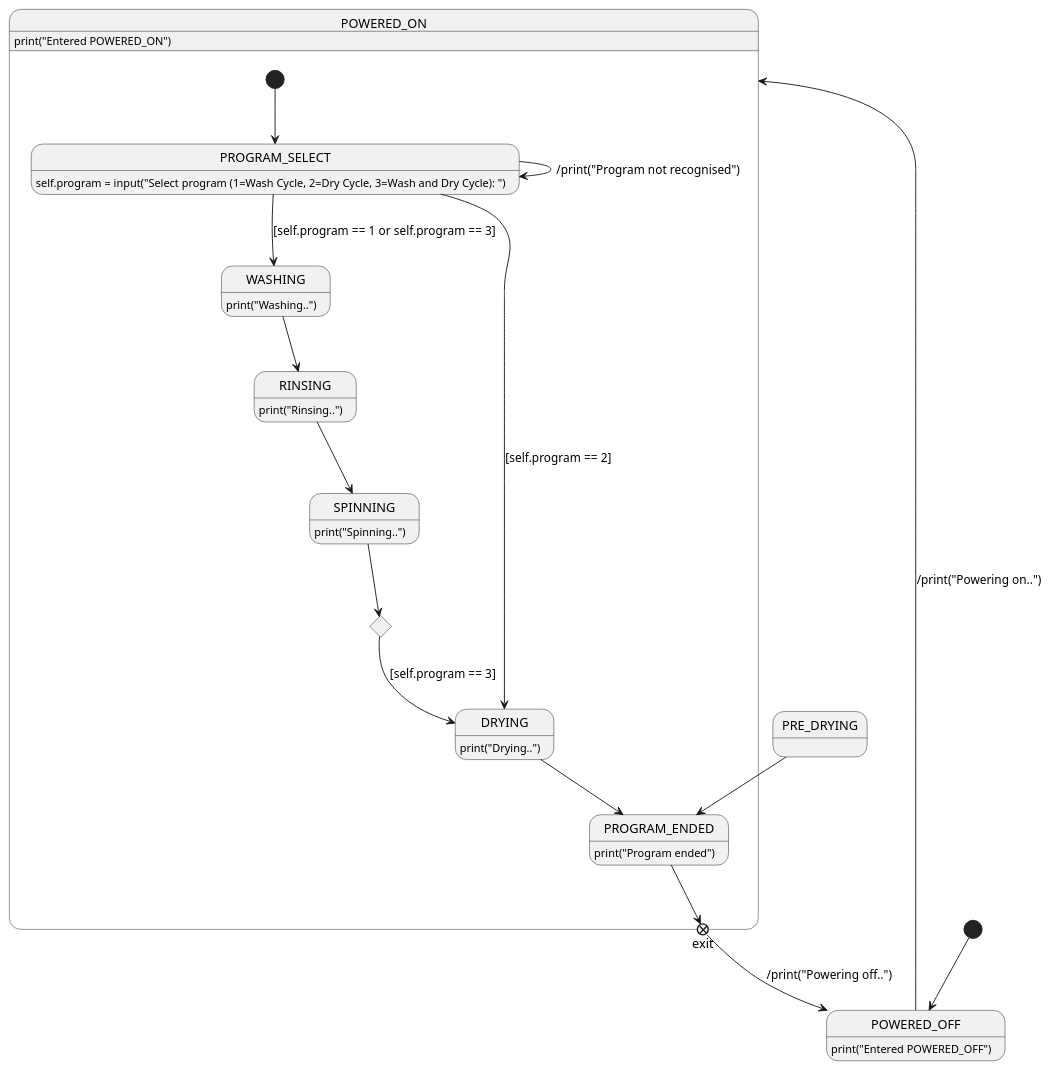
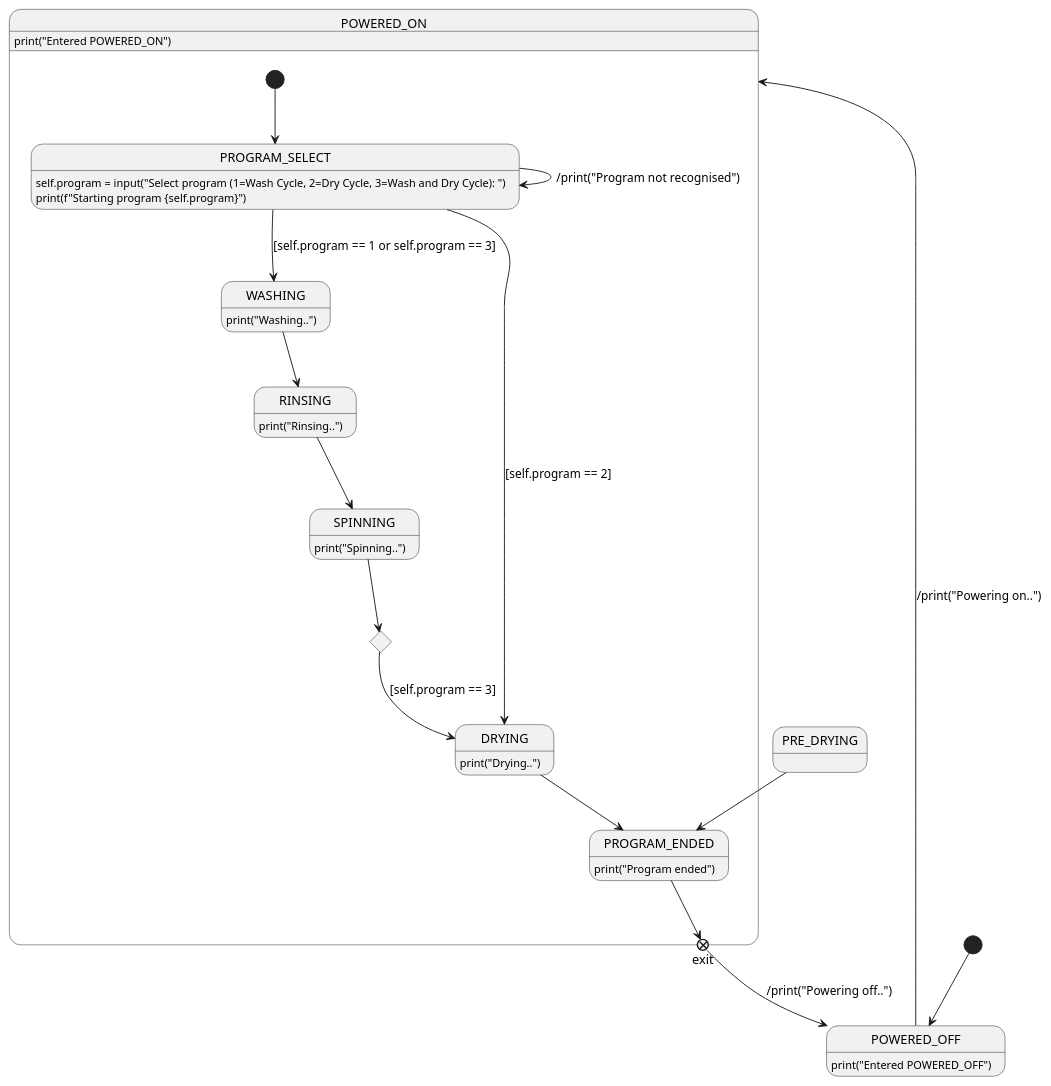
The diagram in examples/washing_machine.puml (grhmdev/gen-statemachine), drawn with PlantUML before and after one commit. The commit also changed 6 other files, not shown here.

```diff
--- a/examples/washing_machine.puml
+++ b/examples/washing_machine.puml
@@ -1,38 +1,39 @@
 @startuml
 
 
 state POWERED_OFF : print("Entered POWERED_OFF")
 state POWERED_ON : print("Entered POWERED_ON")
 state POWERED_ON {
     state PROGRAM_SELECT : self.program = input("Select program (1=Wash Cycle, 2=Dry Cycle, 3=Wash and Dry Cycle): ")
+    state PROGRAM_SELECT : print(f"Starting program {self.program}")
     state WASHING : print("Washing..")
     state RINSING : print("Rinsing..")
     state SPINNING : print("Spinning..")
     state do_drying_choice <<choice>>
     state DRYING : print("Drying..")
     state PROGRAM_ENDED : print("Program ended")
     state exit <<exitPoint>>
 }
 
 [*] --> POWERED_OFF
 POWERED_OFF --> POWERED_ON : /print("Powering on..")
 
 state POWERED_ON {
     [*] --> PROGRAM_SELECT
 }
 PROGRAM_SELECT --> WASHING : [self.program == 1 or self.program == 3]
 PROGRAM_SELECT --> DRYING : [self.program == 2]
 PROGRAM_SELECT --> PROGRAM_SELECT : /print("Program not recognised")
 
 WASHING --> RINSING
 RINSING --> SPINNING
 SPINNING --> do_drying_choice
 do_drying_choice --> DRYING : [self.program == 3]
 PRE_DRYING --> PROGRAM_ENDED
 DRYING --> PROGRAM_ENDED
 
 PROGRAM_ENDED --> exit
 exit --> POWERED_OFF : /print("Powering off..")
 
 
 @enduml
```
